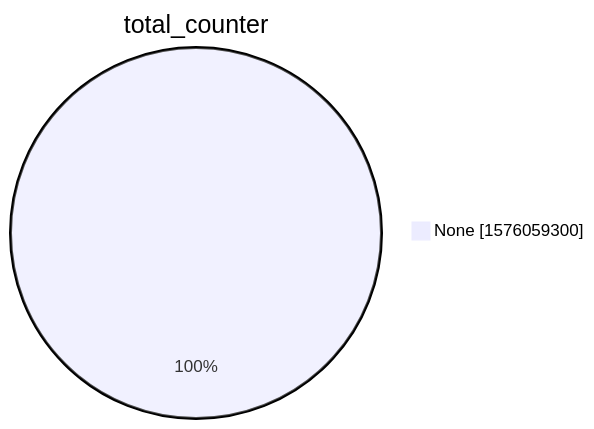
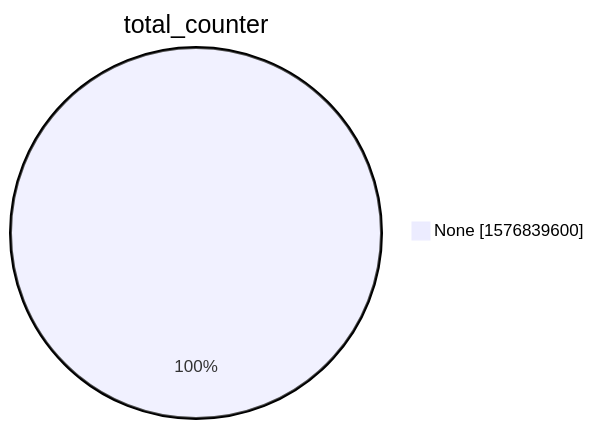
One commit to christiankrug/ctmonitor_visualization changed the second of 15 diagrams in xenon2022/README.md. Above: the diagram before and after it, drawn with Mermaid. The commit also changed other lines of this file, not shown here.

````diff
--- a/xenon2022/README.md
+++ b/xenon2022/README.md
@@ -9,5 +9,5 @@
 ```mermaid
 pie showData
 title total_counter
-"None" :1576059300
+"None" :1576839600
 ```
````
